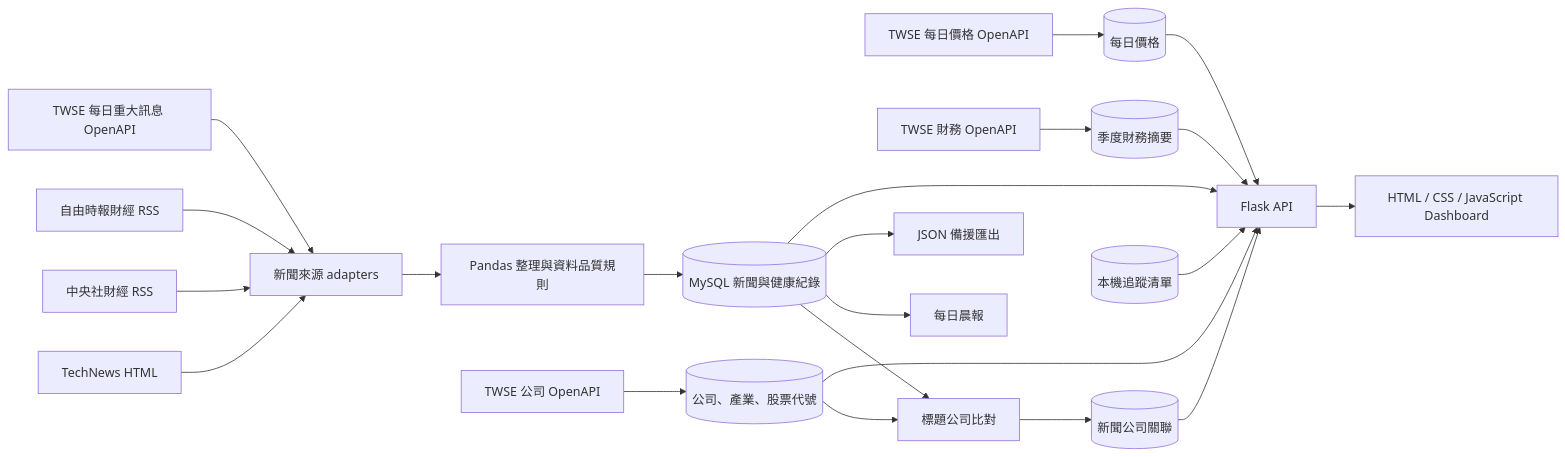
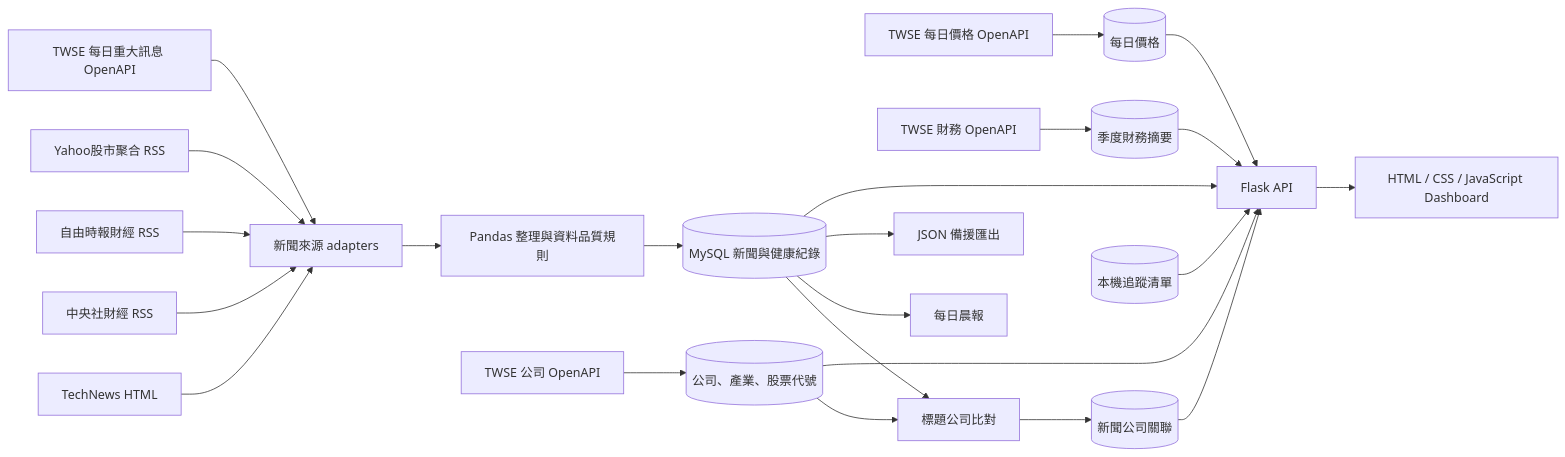
One commit to OllieHu12304/Morning-Alpha changed the diagram in README.md. Above: the diagram before and after it, drawn with Mermaid. The commit also changed other lines of this file and 4 other files, not shown here.

````diff
--- a/README.md
+++ b/README.md
@@ -34,27 +35,28 @@
 ```mermaid
 flowchart LR
     A["TechNews HTML"] --> C["新聞來源 adapters"]
     B["中央社財經 RSS"] --> C
     V["自由時報財經 RSS"] --> C
+    Y["Yahoo股市聚合 RSS"] --> C
     S["TWSE 每日重大訊息 OpenAPI"] --> C
     C --> D["Pandas 整理與資料品質規則"]
     D --> E[("MySQL 新聞與健康紀錄")]
 
     F["TWSE 公司 OpenAPI"] --> G[("公司、產業、股票代號")]
     H["TWSE 每日價格 OpenAPI"] --> I[("每日價格")]
     J["TWSE 財務 OpenAPI"] --> K[("季度財務摘要")]
 
     E --> L["標題公司比對"]
     G --> L
     L --> M[("新聞公司關聯")]
 
     E --> N["每日晨報"]
     E --> O["JSON 備援匯出"]
     E --> P["Flask API"]
     G --> P
     I --> P
     K --> P
     M --> P
     Q[("本機追蹤清單")] --> P
     P --> R["HTML / CSS / JavaScript Dashboard"]
 ```
````
